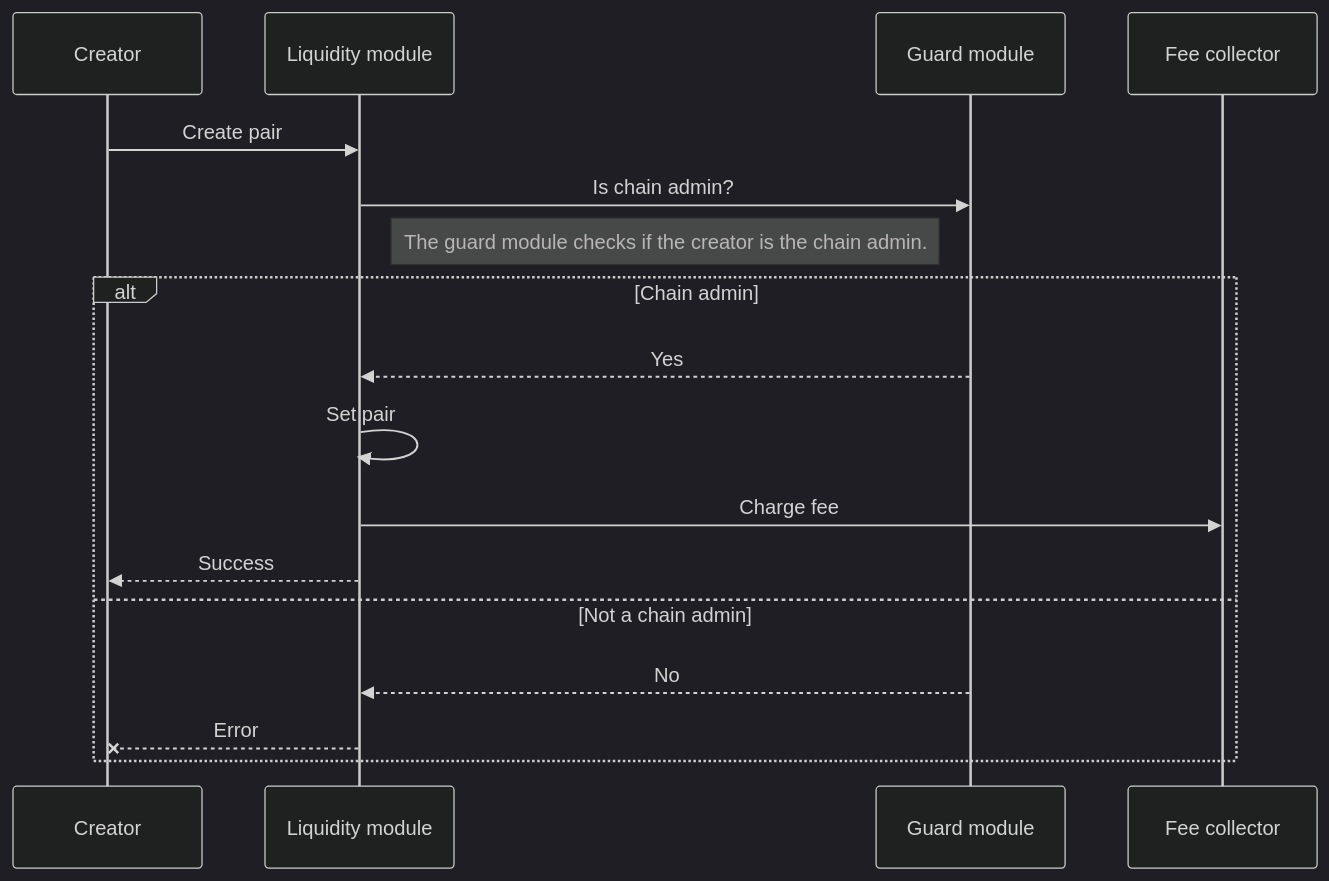
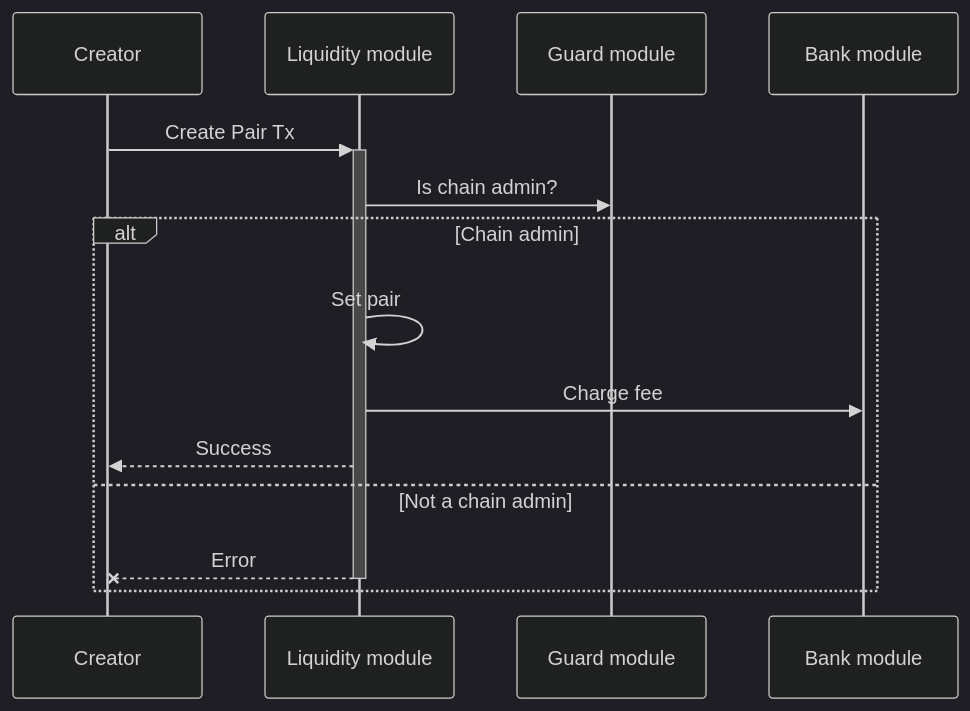
One commit to MANTRA-Chain/mantrachain changed the first of 10 diagrams in x/liquidity/spec/09_txs_flows.md. Above: the diagram before and after it, drawn with Mermaid (dark theme). The commit also changed other lines of this file and 12 other files, not shown here.

Commit message:
docs: add update txs flows docs

````diff
--- a/x/liquidity/spec/09_txs_flows.md
+++ b/x/liquidity/spec/09_txs_flows.md
@@ -7,15 +7,12 @@
 ```mermaid
 sequenceDiagram
-Creator ->> Liquidity module: Create pair
+Creator->>+Liquidity module: Create Pair Tx
 Liquidity module->>Guard module: Is chain admin?
-Note left of Guard module: The guard module checks if the creator is the chain admin.
 alt Chain admin
-  Guard module-->>Liquidity module: Yes
   Liquidity module->>Liquidity module: Set pair
-  Liquidity module->>Fee collector: Charge fee
-  Liquidity module-->> Creator: Success
+  Liquidity module->>Bank module: Charge fee
+  Liquidity module-->>Creator: Success
 else Not a chain admin
-  Guard module-->>Liquidity module: No
-  Liquidity module--x Creator: Error
+  Liquidity module--x-Creator: Error
 end
 ```
````
